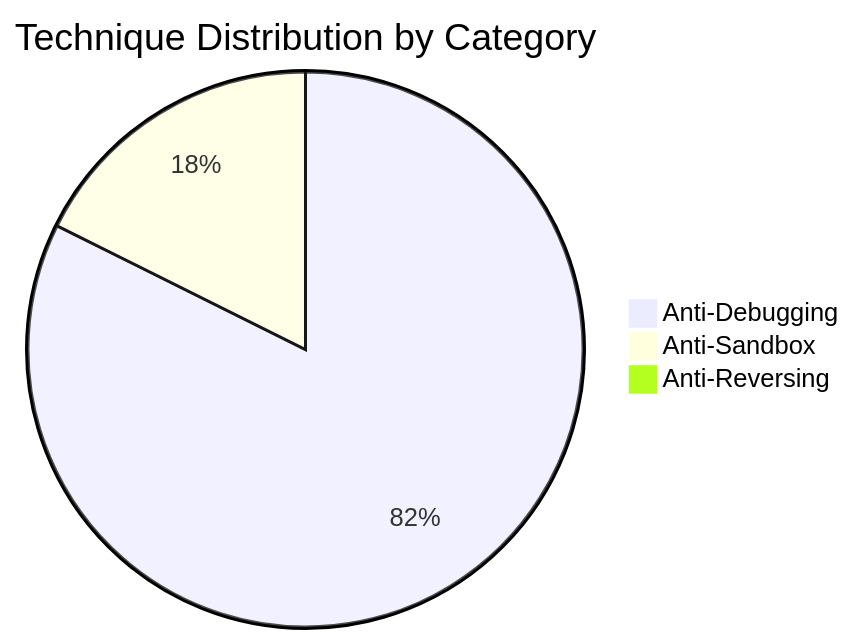
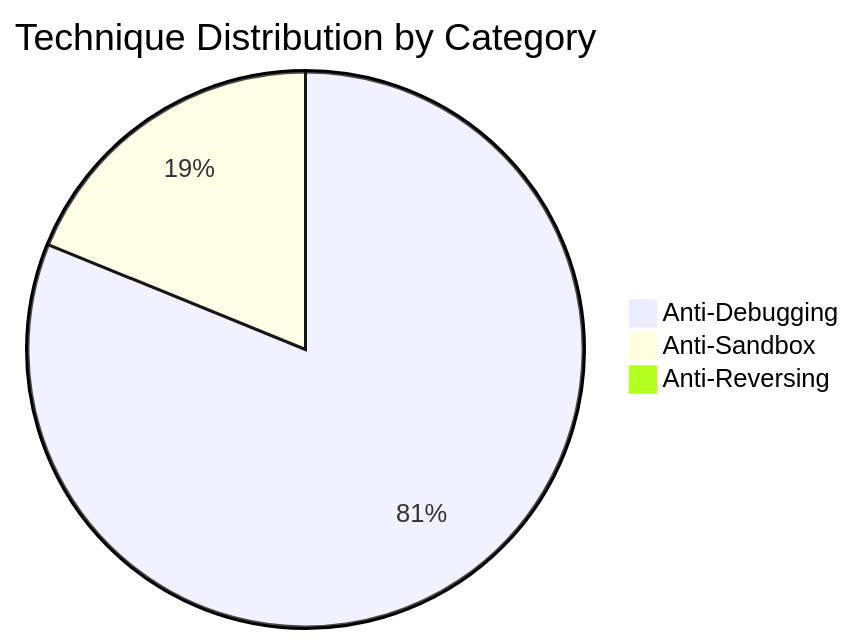
The second of 8 diagrams in docs/diagrams/taxonomy.md (mabj/anti), drawn with Mermaid before and after one commit. The commit also changed other lines of this file and 9 other files, not shown here.

Commit message:
Adding new time-based anti-sandbox technique AS013.

````diff
--- a/docs/diagrams/taxonomy.md
+++ b/docs/diagrams/taxonomy.md
@@ -34,6 +34,6 @@
 ```mermaid
 pie title Technique Distribution by Category
     "Anti-Debugging" : 56
-    "Anti-Sandbox" : 12
+    "Anti-Sandbox" : 13
     "Anti-Reversing" : 0
 ```
````
